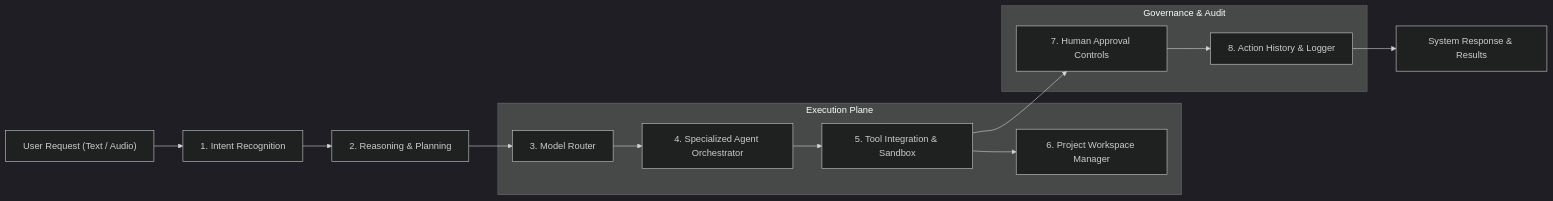
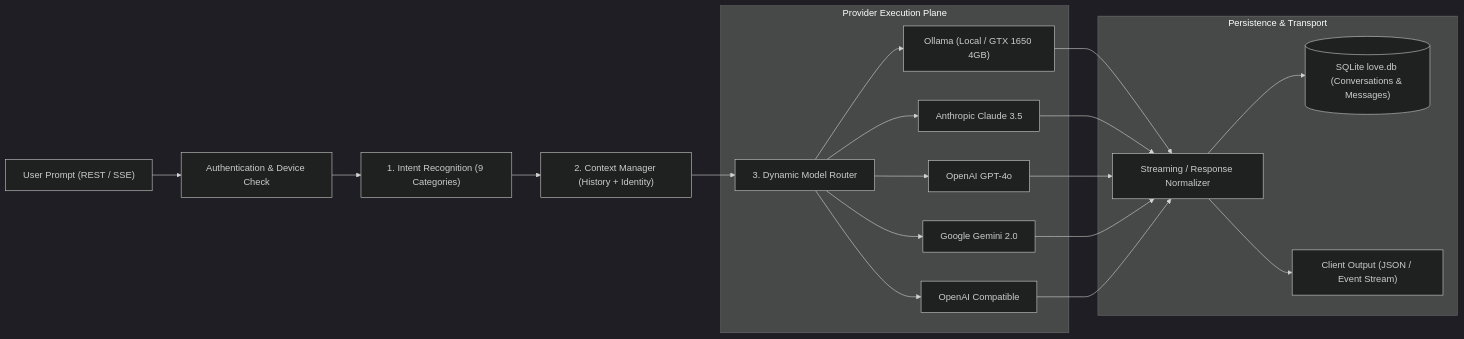
One commit to Moneshwar-2005/Love changed the second of 5 diagrams in documentation/ARCHITECTURE.md. Above: the diagram before and after it, drawn with Mermaid (dark theme). The commit also changed other lines of this file and 540 other files, not shown here.

````diff
--- a/documentation/ARCHITECTURE.md
+++ b/documentation/ARCHITECTURE.md
@@ -133,19 +133,25 @@
 ```mermaid
 flowchart LR
-    UserIn["User Request (Text / Audio)"] --> Intent["1. Intent Recognition"]
-    Intent --> Planner["2. Reasoning & Planning"]
-    Planner --> Router["3. Model Router"]
+    UserIn["User Prompt (REST / SSE)"] --> AuthGate["Authentication & Device Check"]
+    AuthGate --> Intent["1. Intent Recognition (9 Categories)"]
+    Intent --> Context["2. Context Manager (History + Identity)"]
+    Context --> Router["3. Dynamic Model Router"]
     
-    subgraph ExecutionPlane["Execution Plane"]
-        Router --> Orch["4. Specialized Agent Orchestrator"]
-        Orch --> ToolInt["5. Tool Integration & Sandbox"]
-        ToolInt --> Workspace["6. Project Workspace Manager"]
+    subgraph ProviderPlane["Provider Execution Plane"]
+        Router --> Ollama["Ollama (Local / GTX 1650 4GB)"]
+        Router --> Anthropic["Anthropic Claude 3.5"]
+        Router --> OpenAI["OpenAI GPT-4o"]
+        Router --> Gemini["Google Gemini 2.0"]
+        Router --> OpenAICompat["OpenAI Compatible"]
     end
     
-    subgraph Governance["Governance & Audit"]
-        ToolInt --> Gate["7. Human Approval Controls"]
-        Gate --> Audit["8. Action History & Logger"]
+    subgraph PersistencePlane["Persistence & Transport"]
+        Ollama --> SSE["Streaming / Response Normalizer"]
+        Anthropic --> SSE
+        OpenAI --> SSE
+        Gemini --> SSE
+        OpenAICompat --> SSE
+        SSE --> DB[("SQLite love.db (Conversations & Messages)")]
+        SSE --> UserOut["Client Output (JSON / Event Stream)"]
     end
-    
-    Audit --> UserOut["System Response & Results"]
 ```
````
